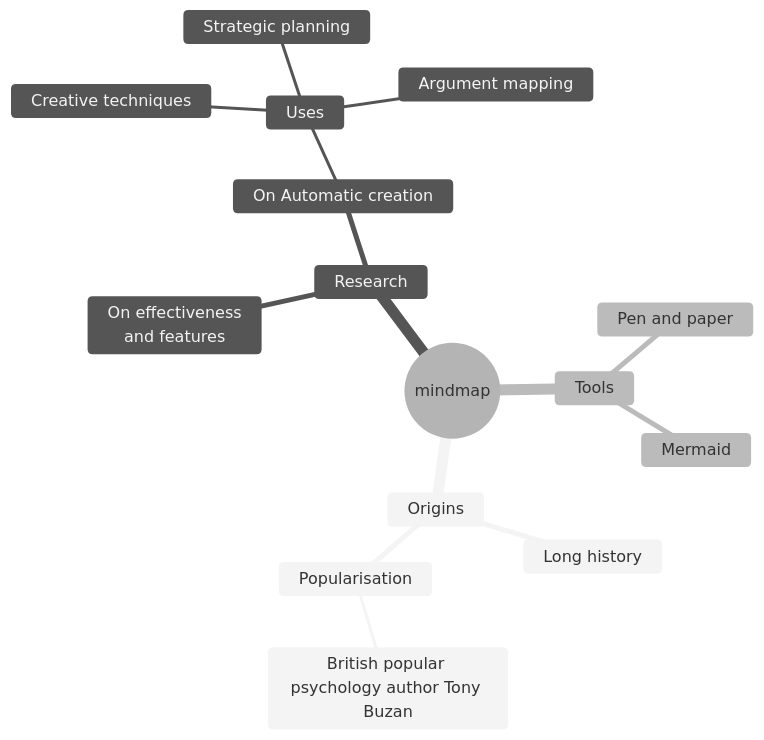
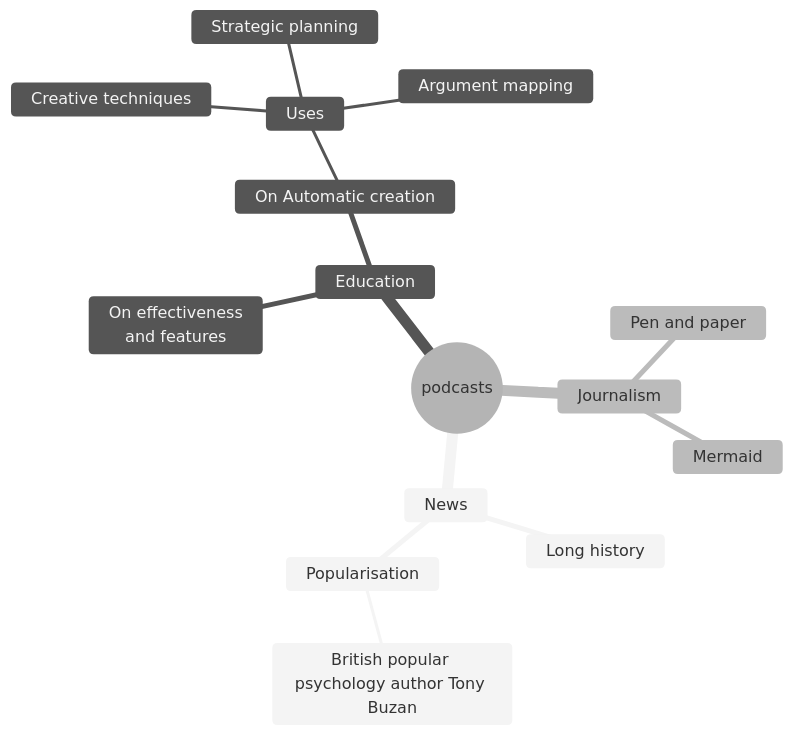
One commit to payne/2023_nov_22_speech_podcasts changed the diagram in README.md. Above: the diagram before and after it, drawn with Mermaid (neutral theme). The commit also changed 2 other files, not shown here.

Commit message:
playing with CSS

````diff
--- a/README.md
+++ b/README.md
@@ -5,21 +5,20 @@
 ```mermaid
 
 mindmap
-  root((mindmap))
-    Origins
+  root((podcasts))
+    News
       Long history
-      ::icon(fa fa-book)
       Popularisation
         British popular psychology author Tony Buzan
-    Research
+    Education
       On effectiveness<br/>and features
       On Automatic creation
         Uses
             Creative techniques
             Strategic planning
             Argument mapping
-    Tools
+    Journalism
       Pen and paper
       Mermaid
 
 ```
````
